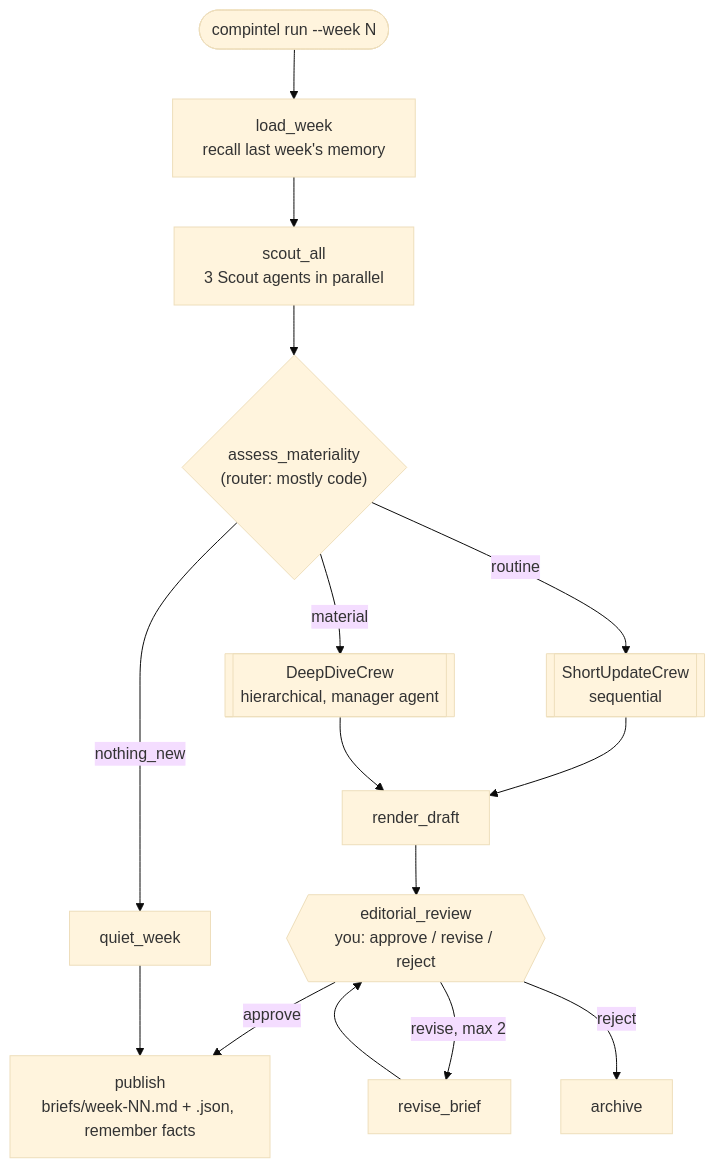
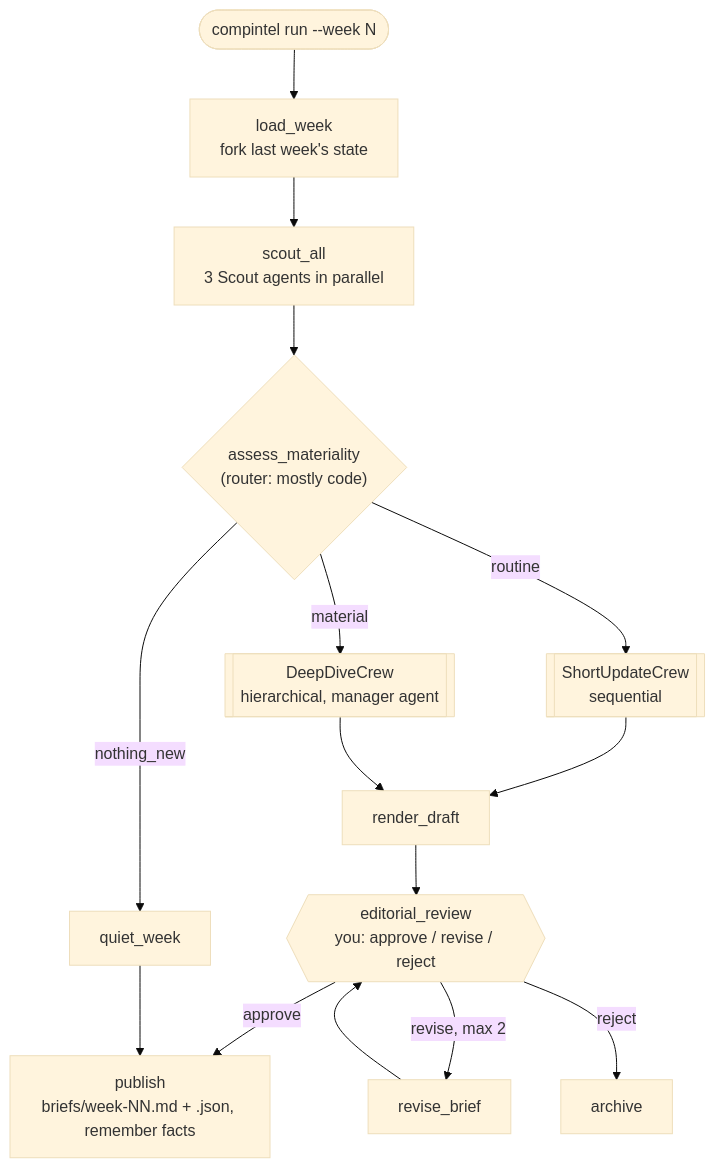
The diagram in README.md (soumit17/crewai-competitive-intelligence), drawn with Mermaid (base theme) before and after one commit. The commit also changed other lines of this file and 32 other files, not shown here.

First line of the commit message:
M7: unified memory (scopes, slices, private, consolidation) and Ask the Analyst (conversational Flow)

````diff
--- a/README.md
+++ b/README.md
@@ -370,16 +428,16 @@
 ```mermaid
 flowchart TD
-    S([compintel run --week N]) --> L["load_week<br/>recall last week's memory"]
+    S([compintel run --week N]) --> L["load_week<br/>fork last week's state"]
     L --> SA["scout_all<br/>3 Scout agents in parallel"]
     SA --> R{"assess_materiality<br/>(router: mostly code)"}
     R -->|nothing_new| Q[quiet_week]
     R -->|routine| SU[[ShortUpdateCrew<br/>sequential]]
     R -->|material| DD[[DeepDiveCrew<br/>hierarchical, manager agent]]
     SU --> J[render_draft]
     DD --> J
     J --> HF{{"editorial_review<br/>you: approve / revise / reject"}}
     HF -->|revise, max 2| RV[revise_brief] --> HF
     HF -->|approve| P["publish<br/>briefs/week-NN.md + .json, remember facts"]
     HF -->|reject| X[archive]
     Q --> P
 ```
````
